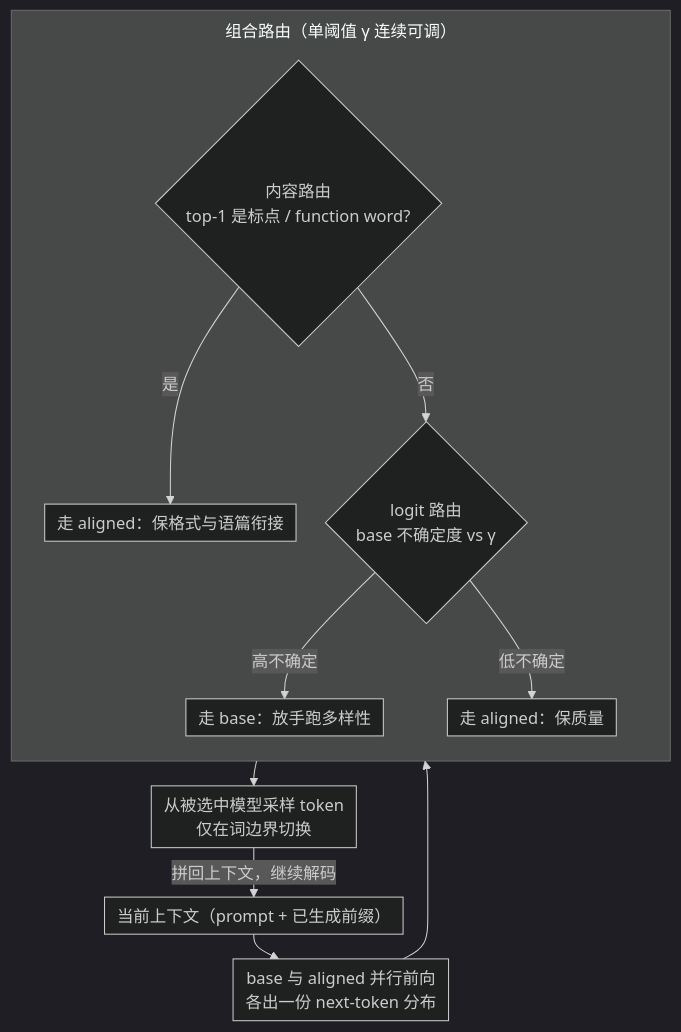
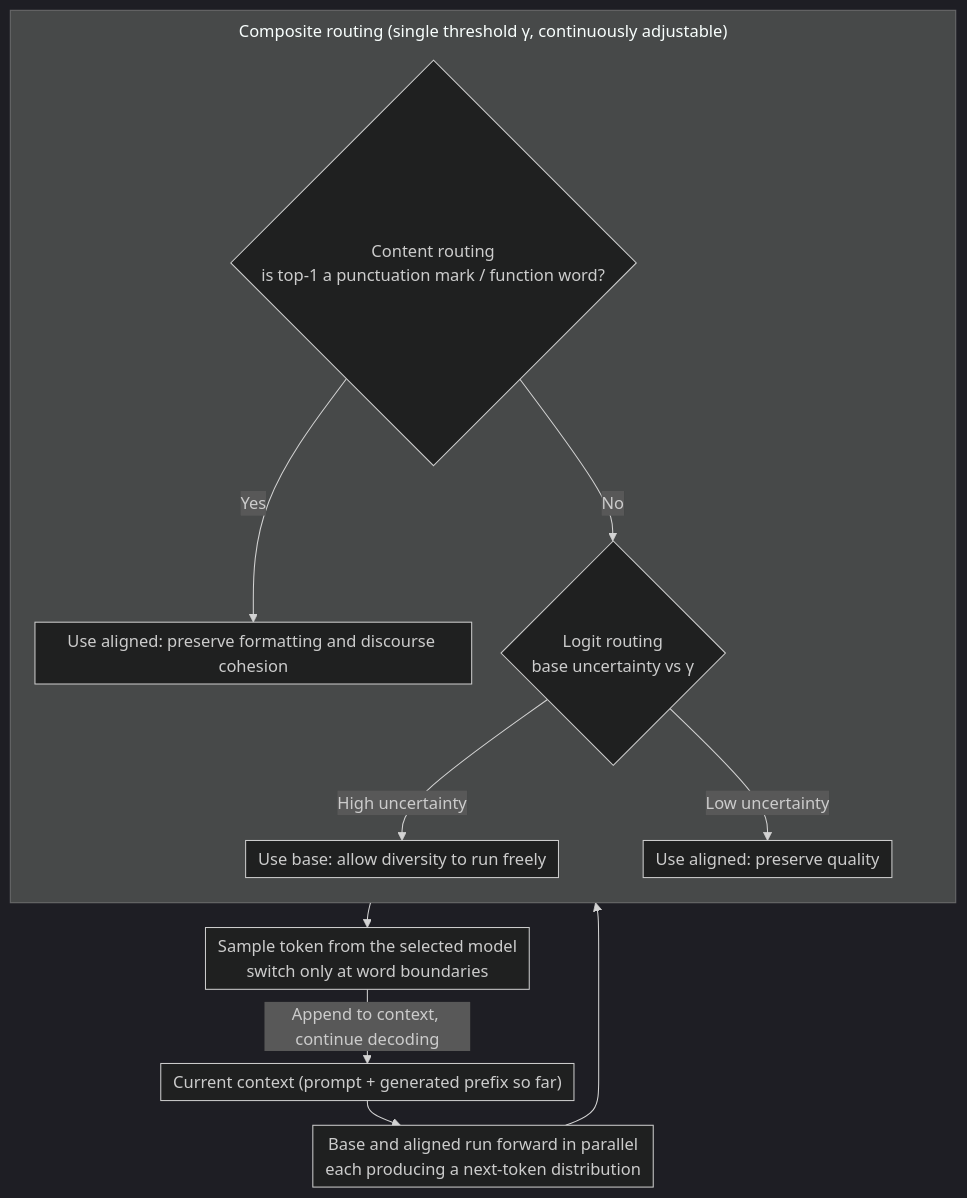
One commit to zhaoyang97/Paper-Notes-en changed the diagram in docs/ICML2026/llm_nlp/optimizing_diversity_and_quality_through_base-aligned_model_collaboration.md. Above: the diagram before and after it, drawn with Mermaid (dark theme). The commit also changed 644 other files, not shown here.

````diff
--- a/docs/ICML2026/llm_nlp/optimizing_diversity_and_quality_through_base-aligned_model_collaboration.md
+++ b/docs/ICML2026/llm_nlp/optimizing_diversity_and_quality_through_base-aligned_model_collaboration.md
@@ -48,16 +48,16 @@
 ```mermaid
 %%{init: {'flowchart': {'rankSpacing': 24, 'nodeSpacing': 28, 'padding': 6, 'wrappingWidth': 400, 'subGraphTitleMargin': {'top': 8, 'bottom': 16}}}}%%
 flowchart TD
-    A["当前上下文（prompt + 已生成前缀）"] --> B["base 与 aligned 并行前向<br/>各出一份 next-token 分布"]
+    A["Current context (prompt + generated prefix so far)"] --> B["Base and aligned run forward in parallel<br/>each producing a next-token distribution"]
     B --> R
-    subgraph R["组合路由（单阈值 γ 连续可调）"]
+    subgraph R["Composite routing (single threshold γ, continuously adjustable)"]
         direction TB
-        C{"内容路由<br/>top-1 是标点 / function word?"}
-        C -->|是| AL1["走 aligned：保格式与语篇衔接"]
-        C -->|否| L{"logit 路由<br/>base 不确定度 vs γ"}
-        L -->|高不确定| BS["走 base：放手跑多样性"]
-        L -->|低不确定| AL2["走 aligned：保质量"]
+        C{"Content routing<br/>is top-1 a punctuation mark / function word?"}
+        C -->|Yes| AL1["Use aligned: preserve formatting and discourse cohesion"]
+        C -->|No| L{"Logit routing<br/>base uncertainty vs γ"}
+        L -->|High uncertainty| BS["Use base: allow diversity to run freely"]
+        L -->|Low uncertainty| AL2["Use aligned: preserve quality"]
     end
-    R --> D["从被选中模型采样 token<br/>仅在词边界切换"]
-    D -->|拼回上下文，继续解码| A
+    R --> D["Sample token from the selected model<br/>switch only at word boundaries"]
+    D -->|Append to context, continue decoding| A
 ```
````
